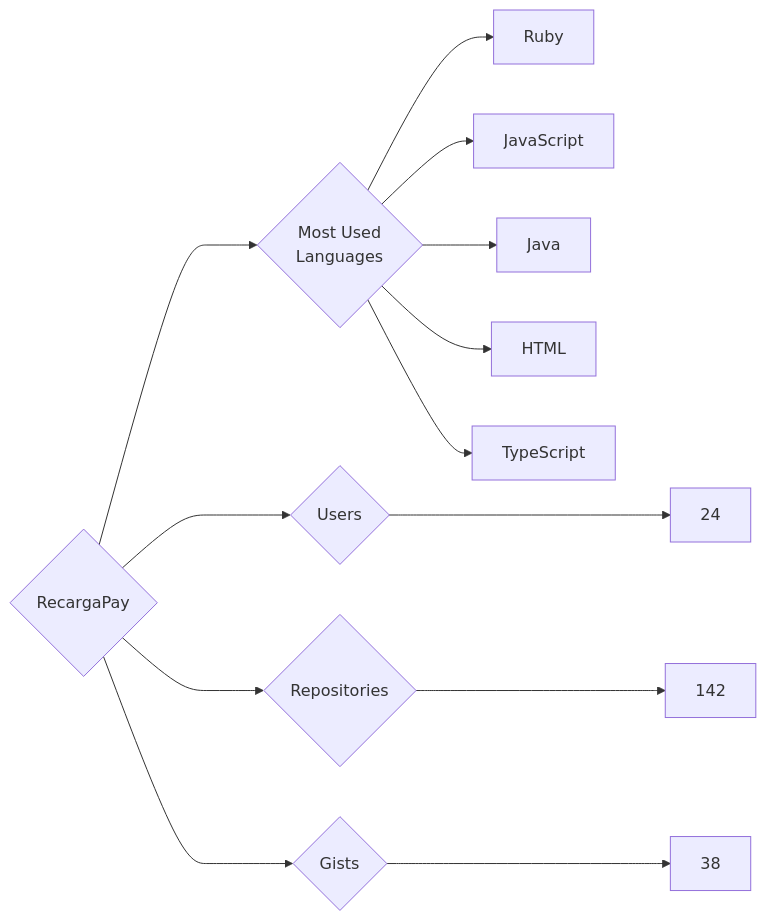
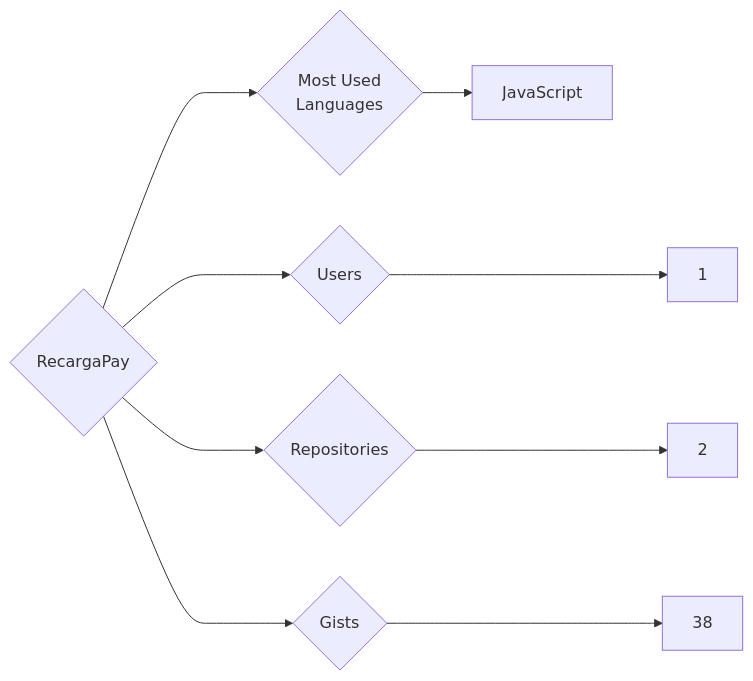
Before and after one commit to trickest/insiders: the diagram in targets/RecargaPay/README.md, drawn with Mermaid. The commit also changed 787 other files, not shown here.

````diff
--- a/targets/RecargaPay/README.md
+++ b/targets/RecargaPay/README.md
@@ -3,13 +3,9 @@
 ```mermaid
 graph LR
 COMPANY_NAME{RecargaPay}
-COMPANY_NAME ---> U{Users} ---> UN[24]
-COMPANY_NAME ---> R{Repositories} ---> RN[142]
+COMPANY_NAME ---> U{Users} ---> UN[1]
+COMPANY_NAME ---> R{Repositories} ---> RN[2]
 COMPANY_NAME ---> G{Gists} ---> GN[38]
 COMPANY_NAME ---> ML{Most Used<br>Languages}
-ML --> Ruby[Ruby]
 ML --> JavaScript[JavaScript]
-ML --> Java[Java]
-ML --> HTML[HTML]
-ML --> TypeScript[TypeScript]
 ```
````
